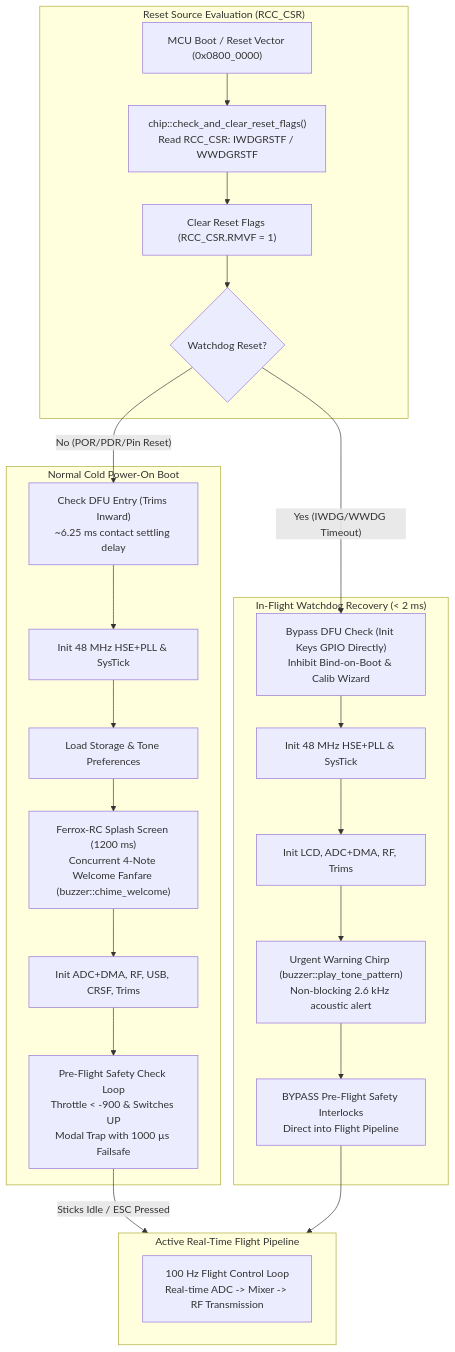
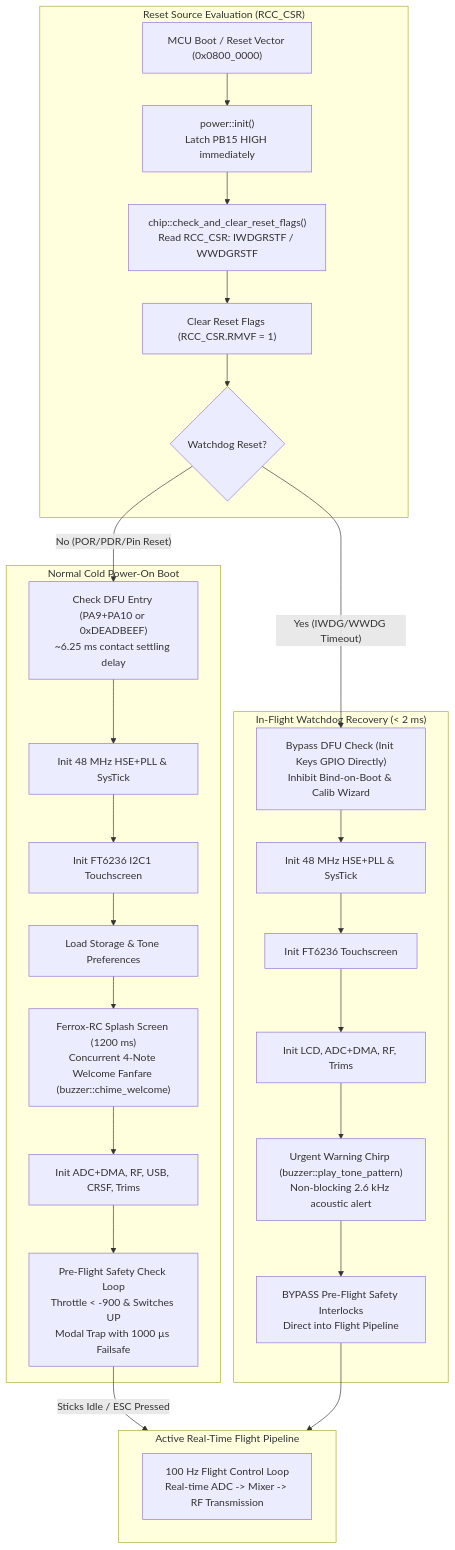
The second of 2 diagrams in docs/ARCHITECTURE.md (ferrox-rc/flysky-i6s-rs), drawn with Mermaid before and after one commit. The commit also changed other lines of this file and 28 other files, not shown here.

````diff
--- a/docs/ARCHITECTURE.md
+++ b/docs/ARCHITECTURE.md
@@ -70,39 +66,42 @@
 ```mermaid
 flowchart TD
     subgraph Boot_Decision ["Reset Source Evaluation (RCC_CSR)"]
         Boot["MCU Boot / Reset Vector (0x0800_0000)"]
+        PowerInit["power::init()<br>Latch PB15 HIGH immediately"]
         ReadCSR["chip::check_and_clear_reset_flags()<br>Read RCC_CSR: IWDGRSTF / WWDGRSTF"]
         ClearCSR["Clear Reset Flags (RCC_CSR.RMVF = 1)"]
         IsWDT{"Watchdog Reset?"}
         
-        Boot --> ReadCSR --> ClearCSR --> IsWDT
+        Boot --> PowerInit --> ReadCSR --> ClearCSR --> IsWDT
     end
 
     subgraph Cold_Boot ["Normal Cold Power-On Boot"]
-        DFU["Check DFU Entry (Trims Inward)<br>~6.25 ms contact settling delay"]
+        DFU["Check DFU Entry (PA9+PA10 or 0xDEADBEEF)<br>~6.25 ms contact settling delay"]
         Clocks["Init 48 MHz HSE+PLL & SysTick"]
+        TouchInit["Init FT6236 I2C1 Touchscreen"]
         Storage["Load Storage & Tone Preferences"]
         Splash["Ferrox-RC Splash Screen (1200 ms)<br>Concurrent 4-Note Welcome Fanfare (buzzer::chime_welcome)"]
         Periphs["Init ADC+DMA, RF, USB, CRSF, Trims"]
         SafetyCheck["Pre-Flight Safety Check Loop<br>Throttle < -900 & Switches UP<br>Modal Trap with 1000 µs Failsafe"]
         
-        IsWDT -- "No (POR/PDR/Pin Reset)" --> DFU --> Clocks --> Storage --> Splash --> Periphs --> SafetyCheck
+        IsWDT -- "No (POR/PDR/Pin Reset)" --> DFU --> Clocks --> TouchInit --> Storage --> Splash --> Periphs --> SafetyCheck
     end
 
     subgraph Warm_Recovery ["In-Flight Watchdog Recovery (< 2 ms)"]
         FastInit["Bypass DFU Check (Init Keys GPIO Directly)<br>Inhibit Bind-on-Boot & Calib Wizard"]
         ClocksWarm["Init 48 MHz HSE+PLL & SysTick"]
+        TouchWarm["Init FT6236 Touchscreen"]
         PeriphsWarm["Init LCD, ADC+DMA, RF, Trims"]
         AlertChirp["Urgent Warning Chirp (buzzer::play_tone_pattern)<br>Non-blocking 2.6 kHz acoustic alert"]
         BypassCheck["BYPASS Pre-Flight Safety Interlocks<br>Direct into Flight Pipeline"]
         
-        IsWDT -- "Yes (IWDG/WWDG Timeout)" --> FastInit --> ClocksWarm --> PeriphsWarm --> AlertChirp --> BypassCheck
+        IsWDT -- "Yes (IWDG/WWDG Timeout)" --> FastInit --> ClocksWarm --> TouchWarm --> PeriphsWarm --> AlertChirp --> BypassCheck
     end
 
     subgraph Flight_Loop ["Active Real-Time Flight Pipeline"]
         ActiveRF["100 Hz Flight Control Loop<br>Real-time ADC -> Mixer -> RF Transmission"]
     end
 
     SafetyCheck -- "Sticks Idle / ESC Pressed" --> Flight_Loop
     BypassCheck --> Flight_Loop
 ```
````
